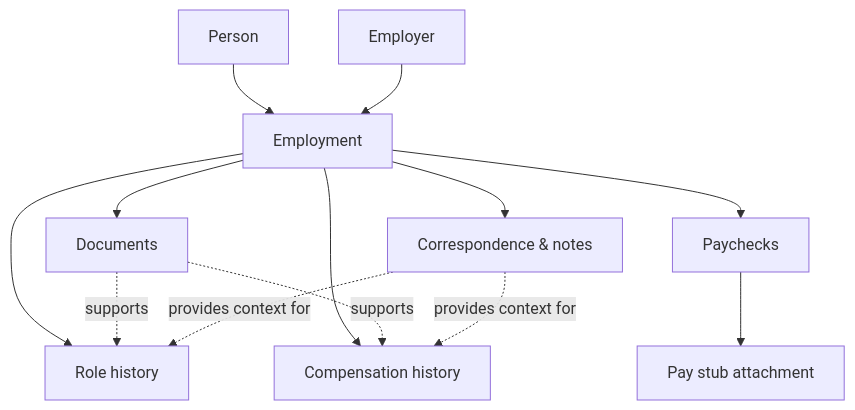
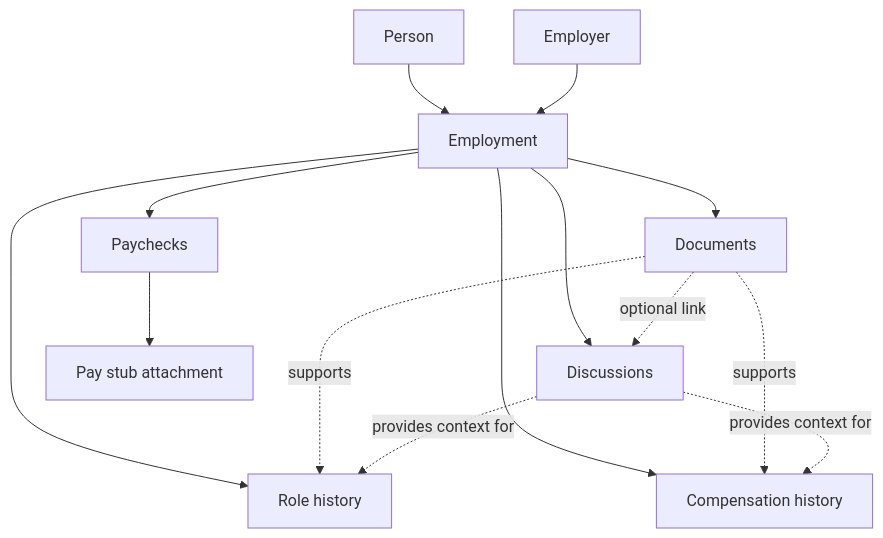
Before and after one commit to yourtoolshq/everyday: the diagram in docs/domain.md, drawn with Mermaid. The commit also changed other lines of this file and 37 other files, not shown here.

````diff
--- a/docs/domain.md
+++ b/docs/domain.md
@@ -7,15 +7,16 @@
 ```mermaid
 flowchart TD
     P[Person] --> E[Employment]
     O[Employer] --> E
     E --> R[Role history]
     E --> C[Compensation history]
     E --> Y[Paychecks]
     E --> D[Documents]
-    E --> N[Correspondence & notes]
+    E --> G[Discussions]
+    D -. optional link .-> G
     Y --> S[Pay stub attachment]
     D -. supports .-> R
     D -. supports .-> C
-    N -. provides context for .-> R
-    N -. provides context for .-> C
+    G -. provides context for .-> R
+    G -. provides context for .-> C
 ```
````
